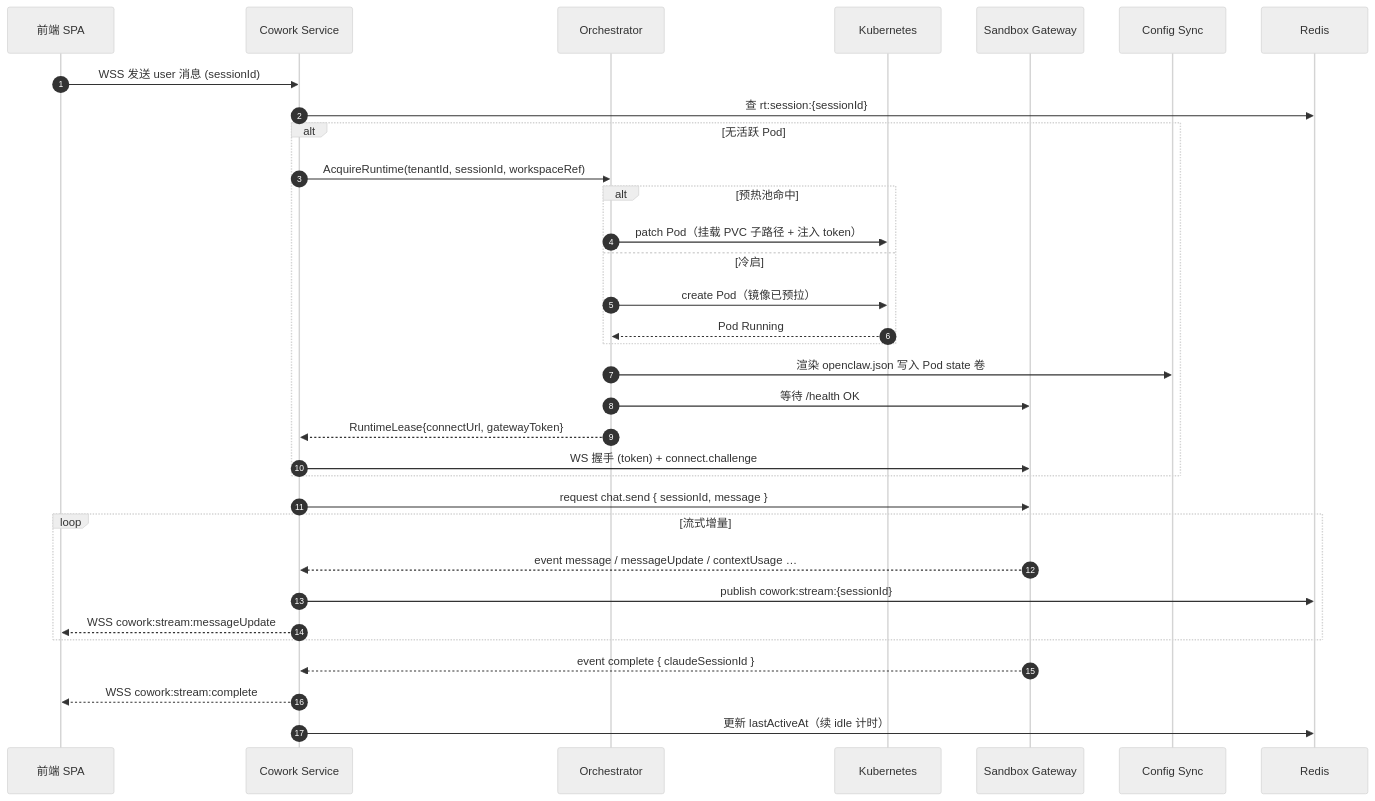
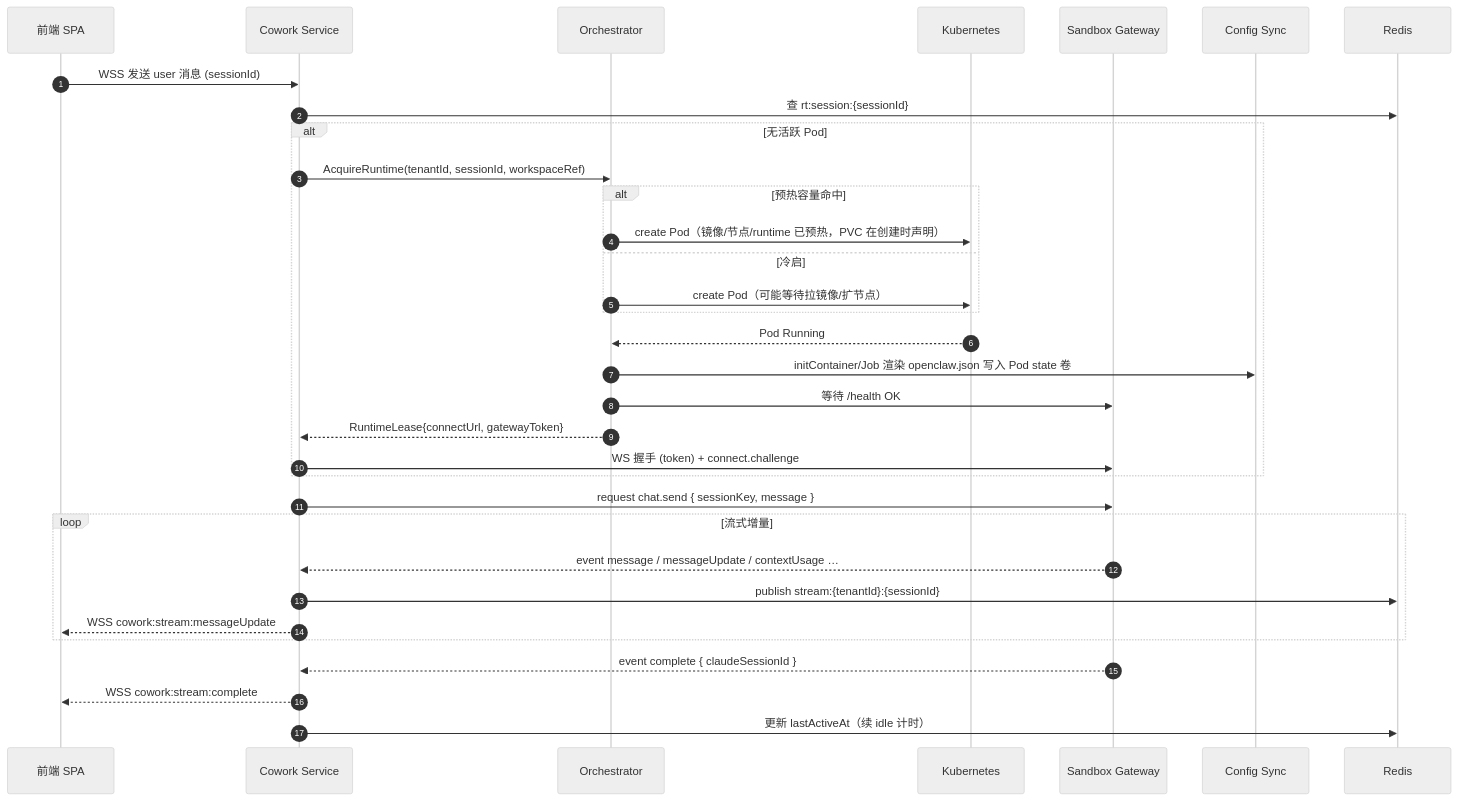
One commit to edward-ng-duke/LobsterAI changed the fourth of 7 diagrams in 改造计划/07-OpenClaw运行时编排与沙箱隔离.md. Above: the diagram before and after it, drawn with Mermaid (neutral theme). The commit also changed other lines of this file and 22 other files, not shown here.

````diff
--- a/改造计划/07-OpenClaw运行时编排与沙箱隔离.md
+++ b/改造计划/07-OpenClaw运行时编排与沙箱隔离.md
@@ -294,35 +338,35 @@
 ```mermaid
 sequenceDiagram
   autonumber
   participant FE as 前端 SPA
   participant COW as Cowork Service
   participant ORCH as Orchestrator
   participant K8s as Kubernetes
   participant GW as Sandbox Gateway
   participant CFG as Config Sync
 
   FE->>COW: WSS 发送 user 消息 (sessionId)
   COW->>Redis: 查 rt:session:{sessionId}
   alt 无活跃 Pod
     COW->>ORCH: AcquireRuntime(tenantId, sessionId, workspaceRef)
-    alt 预热池命中
-      ORCH->>K8s: patch Pod（挂载 PVC 子路径 + 注入 token）
+    alt 预热容量命中
+      ORCH->>K8s: create Pod（镜像/节点/runtime 已预热，PVC 在创建时声明）
     else 冷启
-      ORCH->>K8s: create Pod（镜像已预拉）
-      K8s-->>ORCH: Pod Running
+      ORCH->>K8s: create Pod（可能等待拉镜像/扩节点）
     end
-    ORCH->>CFG: 渲染 openclaw.json 写入 Pod state 卷
+    K8s-->>ORCH: Pod Running
+    ORCH->>CFG: initContainer/Job 渲染 openclaw.json 写入 Pod state 卷
     ORCH->>GW: 等待 /health OK
     ORCH-->>COW: RuntimeLease{connectUrl, gatewayToken}
     COW->>GW: WS 握手 (token) + connect.challenge
   end
-  COW->>GW: request chat.send { sessionId, message }
+  COW->>GW: request chat.send { sessionKey, message }
   loop 流式增量
     GW-->>COW: event message / messageUpdate / contextUsage …
-    COW->>Redis: publish cowork:stream:{sessionId}
+    COW->>Redis: publish stream:{tenantId}:{sessionId}
     COW-->>FE: WSS cowork:stream:messageUpdate
   end
   GW-->>COW: event complete { claudeSessionId }
   COW-->>FE: WSS cowork:stream:complete
   COW->>Redis: 更新 lastActiveAt（续 idle 计时）
 ```
````
